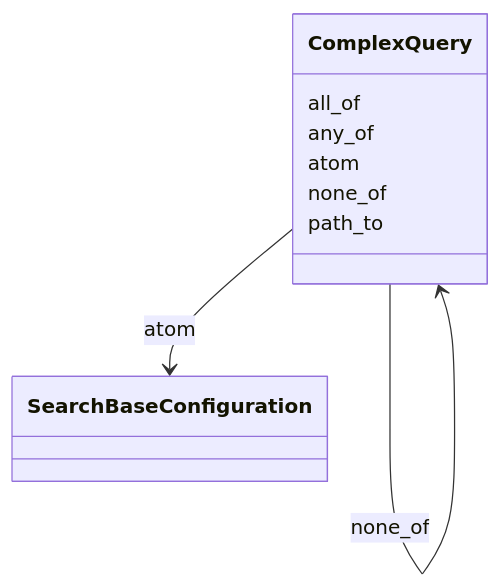
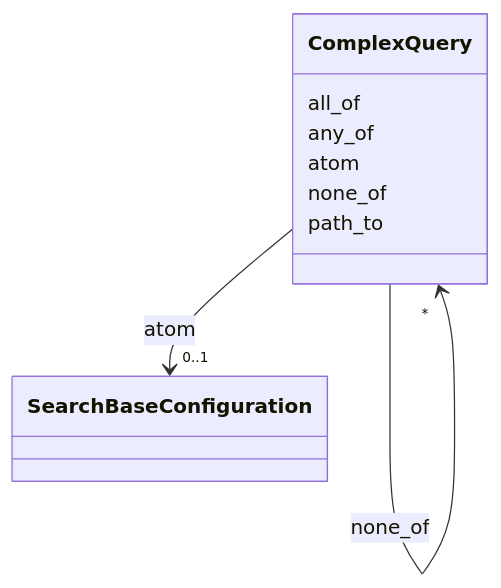
The diagram in search/ComplexQuery.md (INCATools/ontology-access-kit), drawn with Mermaid before and after one commit. The commit also changed other lines of this file and 3329 other files, not shown here.

````diff
--- a/search/ComplexQuery.md
+++ b/search/ComplexQuery.md
@@ -12,23 +14,44 @@
 ```{mermaid}
  classDiagram
     class ComplexQuery
+    click ComplexQuery href "../ComplexQuery"
       ComplexQuery : all_of
         
-          ComplexQuery --> ComplexQuery : all_of
+          
+    
+    
+    ComplexQuery --> "*" ComplexQuery : all_of
+    click ComplexQuery href "../ComplexQuery"
+
         
       ComplexQuery : any_of
         
-          ComplexQuery --> ComplexQuery : any_of
+          
+    
+    
+    ComplexQuery --> "*" ComplexQuery : any_of
+    click ComplexQuery href "../ComplexQuery"
+
         
       ComplexQuery : atom
         
-          ComplexQuery --> SearchBaseConfiguration : atom
+          
+    
+    
+    ComplexQuery --> "0..1" SearchBaseConfiguration : atom
+    click SearchBaseConfiguration href "../SearchBaseConfiguration"
+
         
       ComplexQuery : none_of
         
-          ComplexQuery --> ComplexQuery : none_of
+          
+    
+    
+    ComplexQuery --> "*" ComplexQuery : none_of
+    click ComplexQuery href "../ComplexQuery"
+
         
       ComplexQuery : path_to
         
       
 ```
````
